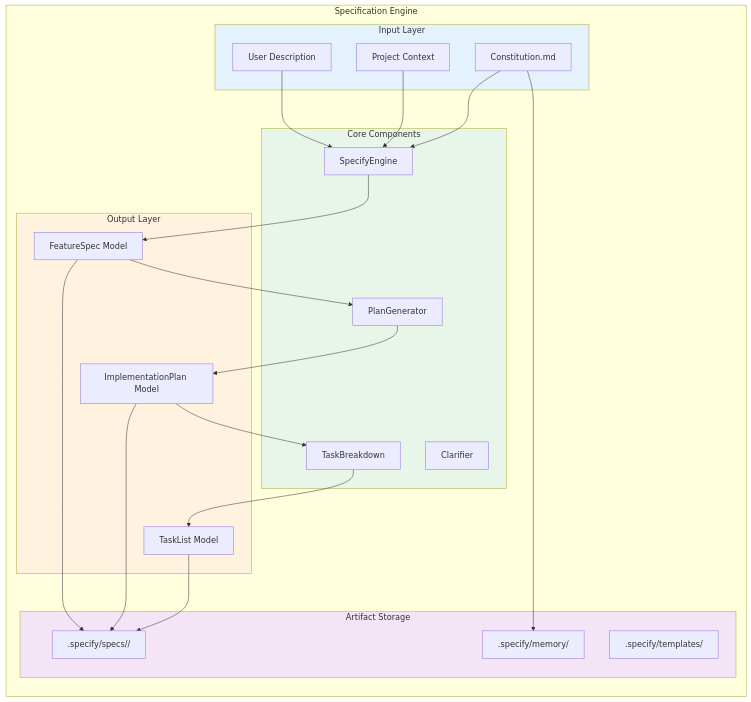
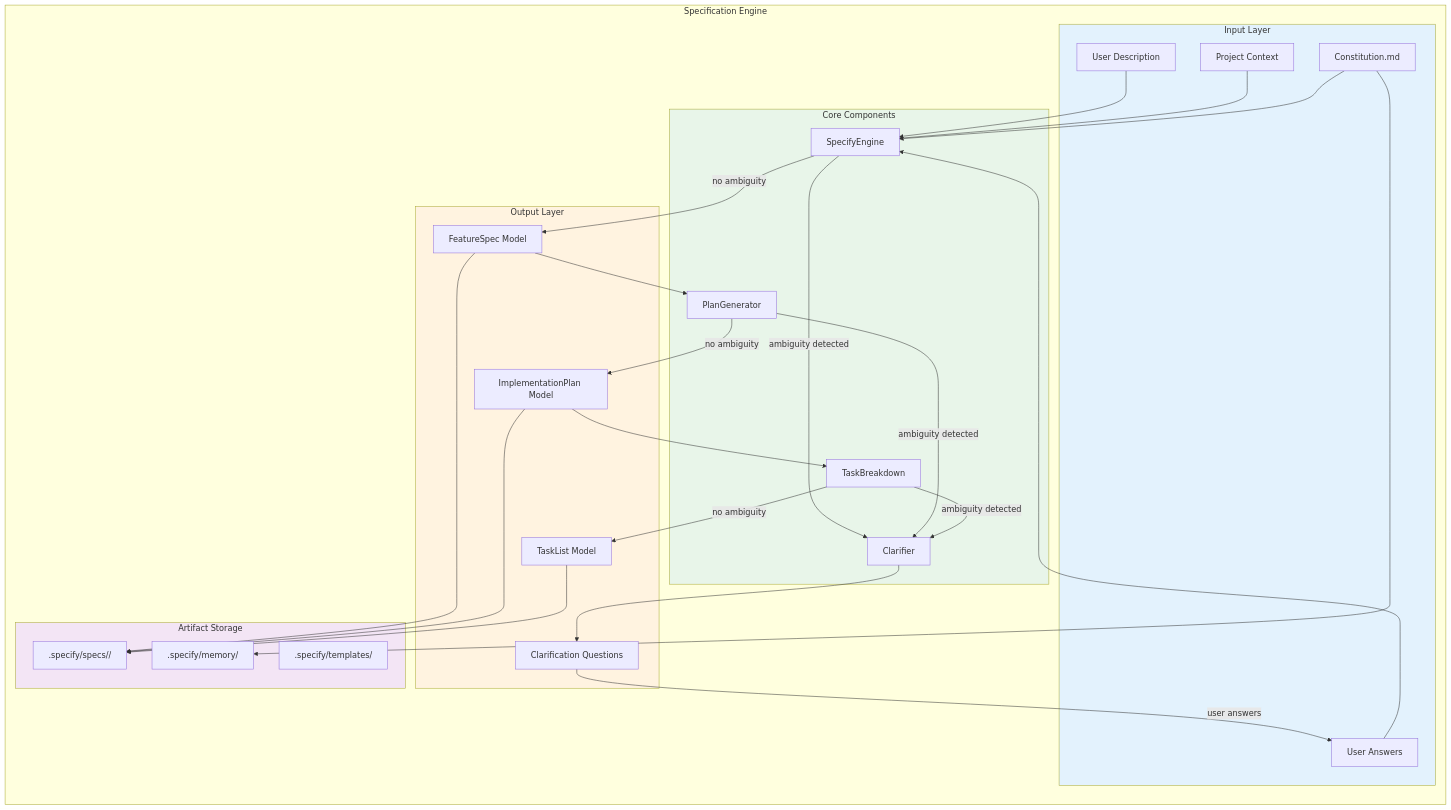
One commit to SergeySdv/dev-pipeline changed the first of 3 diagrams in docs/newTasksGodzilla/subsystems/01-SPECIFICATION-ENGINE.md. Above: the diagram before and after it, drawn with Mermaid. The commit also changed other lines of this file and 1 other file, not shown here.

Commit message:
feat(specification): enhance clarification workflow with structured questions and ambiguity detection

````diff
--- a/docs/newTasksGodzilla/subsystems/01-SPECIFICATION-ENGINE.md
+++ b/docs/newTasksGodzilla/subsystems/01-SPECIFICATION-ENGINE.md
@@ -11,51 +11,60 @@
 ```mermaid
 graph TB
     subgraph SpecificationEngine["Specification Engine"]
         direction TB
         
         subgraph Input["Input Layer"]
             UserDesc[User Description]
             Context[Project Context]
             Constitution[Constitution.md]
+            UserAnswers[User Answers]
         end
 
         subgraph Core["Core Components"]
             SpecifyEngine[SpecifyEngine]
             PlanGenerator[PlanGenerator]
             TaskBreakdown[TaskBreakdown]
             Clarifier[Clarifier]
         end
 
         subgraph Output["Output Layer"]
             FeatureSpec[FeatureSpec Model]
             ImplPlan[ImplementationPlan Model]
             TaskList[TaskList Model]
+            Clarifications[Clarification Questions]
         end
 
         subgraph Storage["Artifact Storage"]
             SpecDir[".specify/specs/<branch>/"]
             MemoryDir[".specify/memory/"]
             TemplatesDir[".specify/templates/"]
         end
     end
 
     UserDesc --> SpecifyEngine
     Context --> SpecifyEngine
     Constitution --> SpecifyEngine
 
-    SpecifyEngine --> FeatureSpec
+    SpecifyEngine -->|ambiguity detected| Clarifier
+    Clarifier --> Clarifications
+    Clarifications -->|user answers| UserAnswers
+    UserAnswers --> SpecifyEngine
+
+    SpecifyEngine -->|no ambiguity| FeatureSpec
     FeatureSpec --> PlanGenerator
-    PlanGenerator --> ImplPlan
+    PlanGenerator -->|ambiguity detected| Clarifier
+    PlanGenerator -->|no ambiguity| ImplPlan
     ImplPlan --> TaskBreakdown
-    TaskBreakdown --> TaskList
+    TaskBreakdown -->|ambiguity detected| Clarifier
+    TaskBreakdown -->|no ambiguity| TaskList
 
     FeatureSpec --> SpecDir
     ImplPlan --> SpecDir
     TaskList --> SpecDir
     Constitution --> MemoryDir
 
     style Input fill:#e3f2fd
     style Core fill:#e8f5e9
     style Output fill:#fff3e0
     style Storage fill:#f3e5f5
 ```
````
